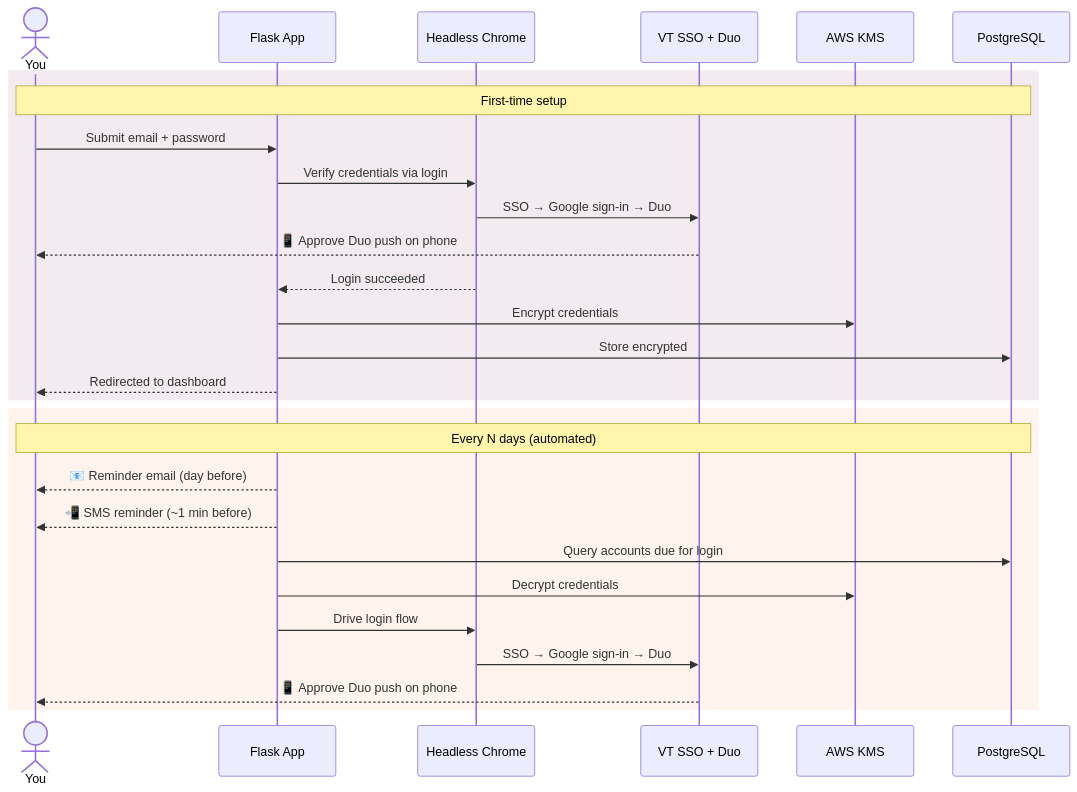
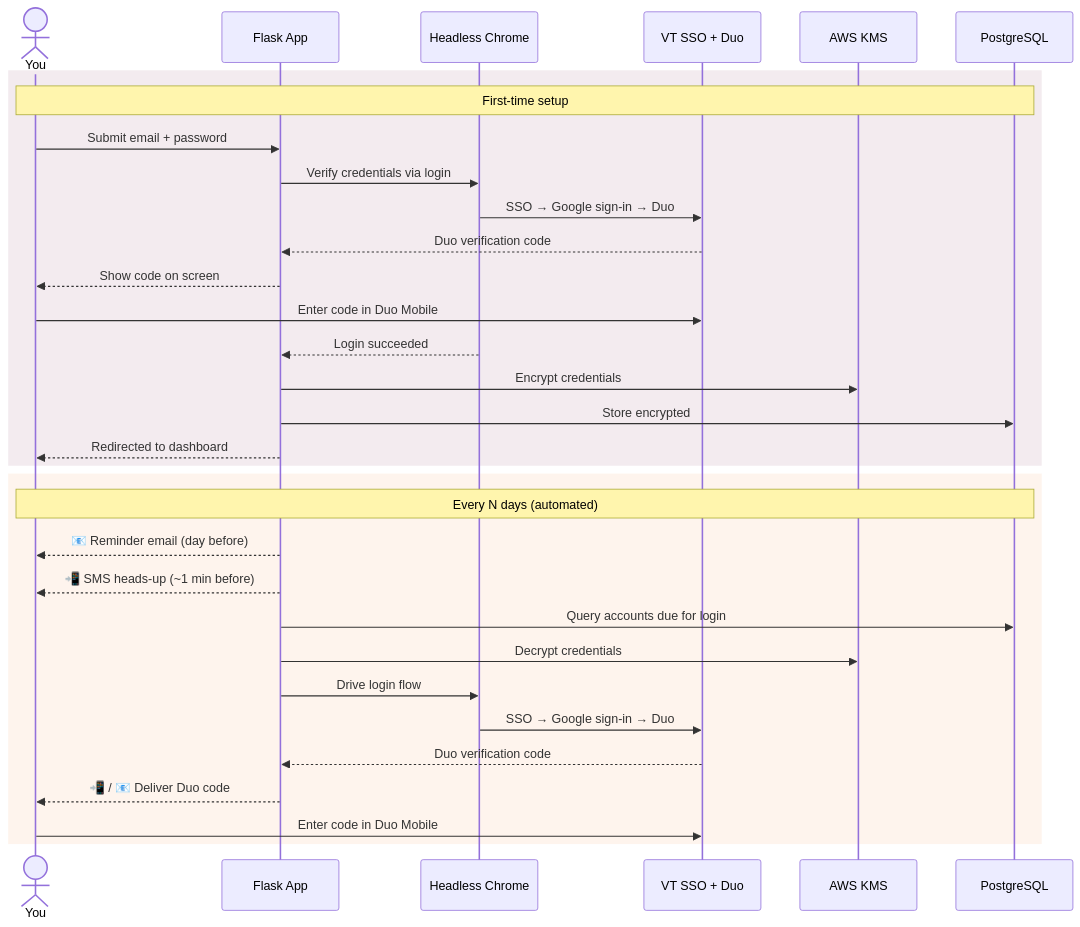
The first of 2 diagrams in README.md (tfeuerbach/virginiatech-email-saver), drawn with Mermaid before and after one commit. The commit also changed other lines of this file, not shown here.

````diff
--- a/README.md
+++ b/README.md
@@ -20,32 +20,36 @@
 ```mermaid
 sequenceDiagram
     actor You
     participant App as Flask App
     participant Bot as Headless Chrome
     participant VT as VT SSO + Duo
     participant AWS as AWS KMS
     participant DB as PostgreSQL
 
     rect rgba(99, 0, 49, 0.08)
     Note over You,DB: First-time setup
     You->>App: Submit email + password
     App->>Bot: Verify credentials via login
     Bot->>VT: SSO → Google sign-in → Duo
-    VT-->>You: 📱 Approve Duo push on phone
+    VT-->>App: Duo verification code
+    App-->>You: Show code on screen
+    You->>VT: Enter code in Duo Mobile
     Bot-->>App: Login succeeded
     App->>AWS: Encrypt credentials
     App->>DB: Store encrypted
     App-->>You: Redirected to dashboard
     end
 
     rect rgba(232, 119, 34, 0.08)
     Note over You,DB: Every N days (automated)
     App-->>You: 📧 Reminder email (day before)
-    App-->>You: 📲 SMS reminder (~1 min before)
+    App-->>You: 📲 SMS heads-up (~1 min before)
     App->>DB: Query accounts due for login
     App->>AWS: Decrypt credentials
     App->>Bot: Drive login flow
     Bot->>VT: SSO → Google sign-in → Duo
-    VT-->>You: 📱 Approve Duo push on phone
+    VT-->>App: Duo verification code
+    App-->>You: 📲 / 📧 Deliver Duo code
+    You->>VT: Enter code in Duo Mobile
     end
 ```
````
